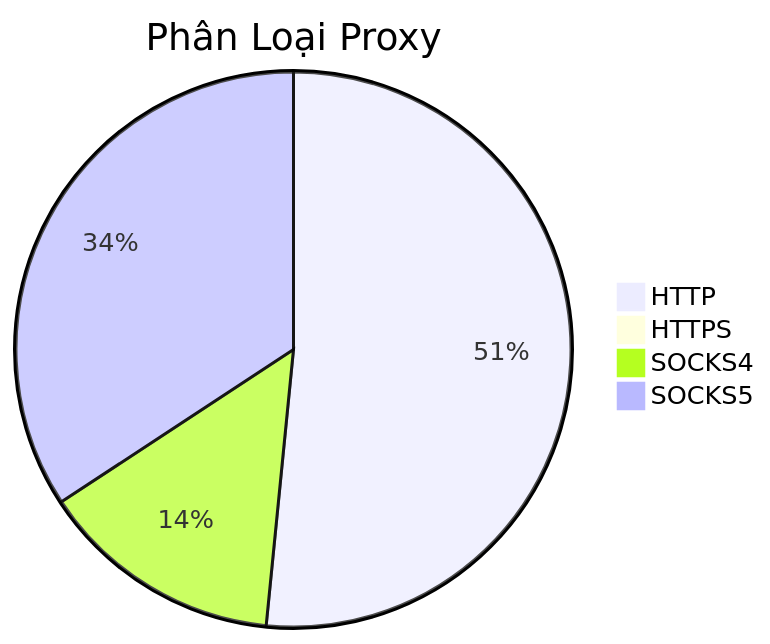
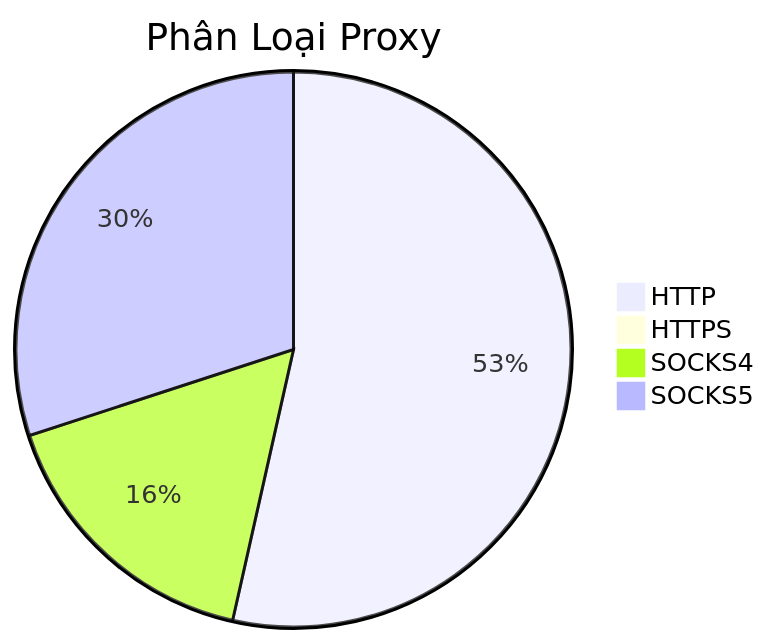
The diagram in README.md (Ciara-Aa/PROXY-free), drawn with Mermaid before and after one commit. The commit also changed other lines of this file and 4 other files, not shown here.

````diff
--- a/README.md
+++ b/README.md
@@ -26,7 +26,7 @@
 ```mermaid
 pie title Phân Loại Proxy
-    "HTTP" : 509
-    "HTTPS" : 5
-    "SOCKS4" : 140
-    "SOCKS5" : 338
+    "HTTP" : 403
+    "HTTPS" : 4
+    "SOCKS4" : 124
+    "SOCKS5" : 226
 ```
````
